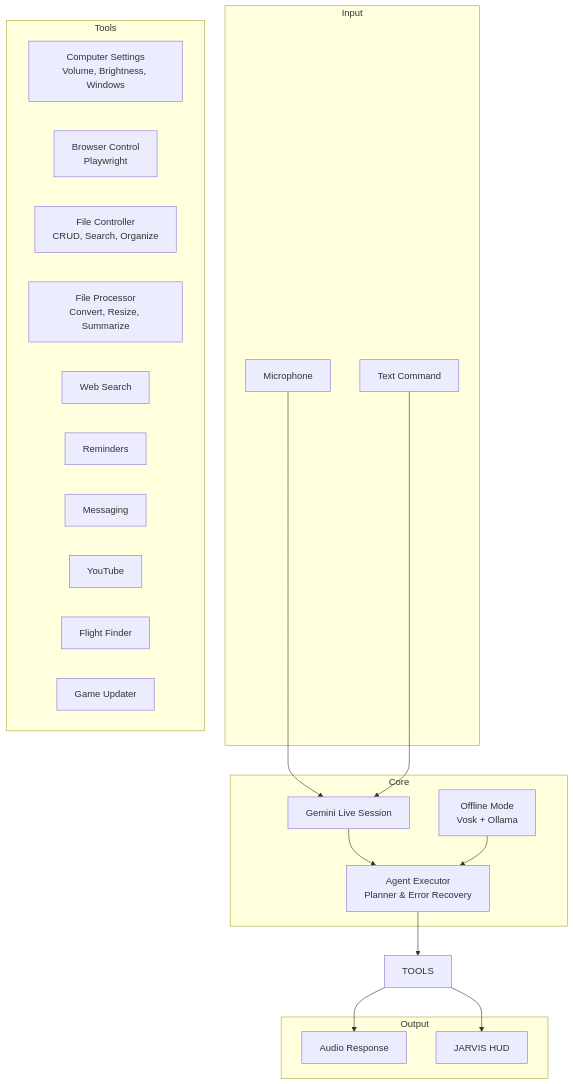
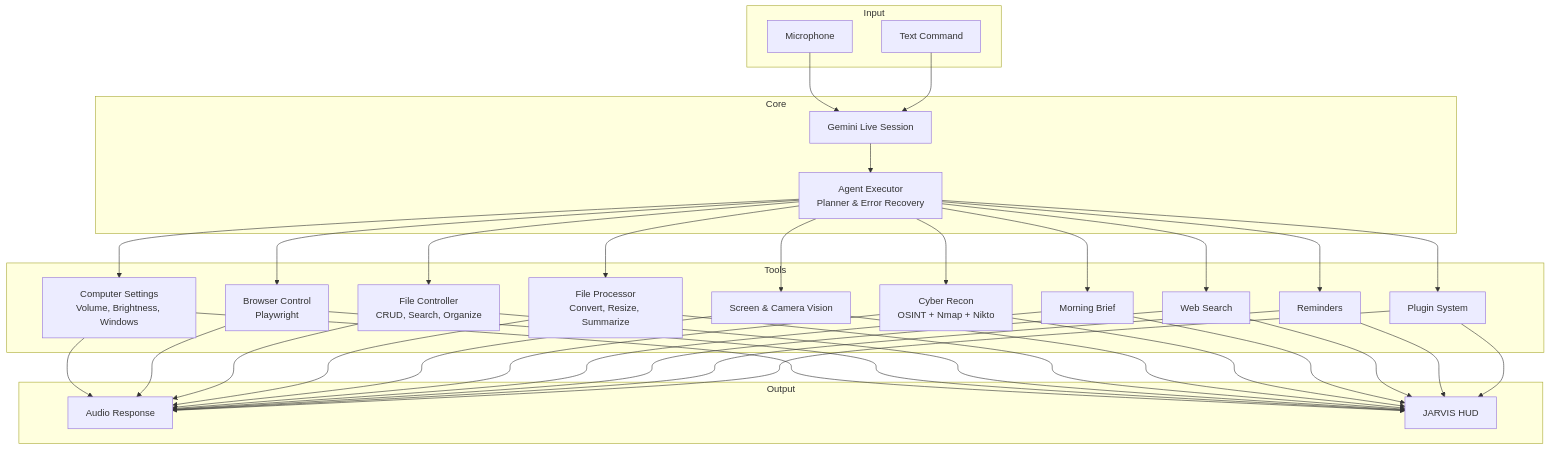
Before and after one commit to AbazarAdam/jarvis: the diagram in readme.md, drawn with Mermaid. The commit also changed other lines of this file and 7 other files, not shown here.

````diff
--- a/readme.md
+++ b/readme.md
@@ -15,39 +14,64 @@
 ```mermaid
 flowchart TB
     subgraph Input
         MIC[Microphone]
         TXT[Text Command]
     end
 
     subgraph Core
         LIVE[Gemini Live Session]
-        OFFLINE[Offline Mode<br/>Vosk + Ollama]
         AGENT[Agent Executor<br/>Planner & Error Recovery]
     end
 
     subgraph Tools
         SETTINGS[Computer Settings<br/>Volume, Brightness, Windows]
         BROWSER[Browser Control<br/>Playwright]
         FILES[File Controller<br/>CRUD, Search, Organize]
         PROCESSOR[File Processor<br/>Convert, Resize, Summarize]
+        VISION[Screen & Camera Vision]
+        RECON[Cyber Recon<br/>OSINT + Nmap + Nikto]
+        BRIEF[Morning Brief]
         SEARCH[Web Search]
         REMINDERS[Reminders]
-        MESSAGES[Messaging]
-        YT[YouTube]
-        FLIGHTS[Flight Finder]
-        GAMES[Game Updater]
+        PLUGINS[Plugin System]
     end
 
     subgraph Output
         AUDIO[Audio Response]
         UI[JARVIS HUD]
     end
 
     MIC --> LIVE
     TXT --> LIVE
     LIVE --> AGENT
-    OFFLINE --> AGENT
-    AGENT --> TOOLS
-    TOOLS --> AUDIO
-    TOOLS --> UI
+    AGENT --> SETTINGS
+    AGENT --> BROWSER
+    AGENT --> FILES
+    AGENT --> PROCESSOR
+    AGENT --> VISION
+    AGENT --> RECON
+    AGENT --> BRIEF
+    AGENT --> SEARCH
+    AGENT --> REMINDERS
+    AGENT --> PLUGINS
+    SETTINGS --> AUDIO
+    BROWSER --> AUDIO
+    FILES --> AUDIO
+    PROCESSOR --> AUDIO
+    VISION --> AUDIO
+    RECON --> AUDIO
+    BRIEF --> AUDIO
+    SEARCH --> AUDIO
+    REMINDERS --> AUDIO
+    PLUGINS --> AUDIO
+    SETTINGS --> UI
+    BROWSER --> UI
+    FILES --> UI
+    PROCESSOR --> UI
+    VISION --> UI
+    RECON --> UI
+    BRIEF --> UI
+    SEARCH --> UI
+    REMINDERS --> UI
+    PLUGINS --> UI
 ```
````
